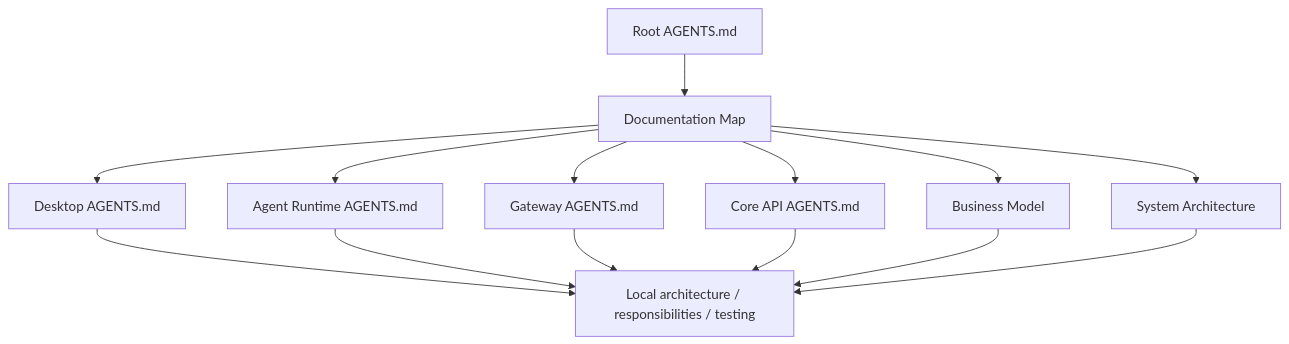
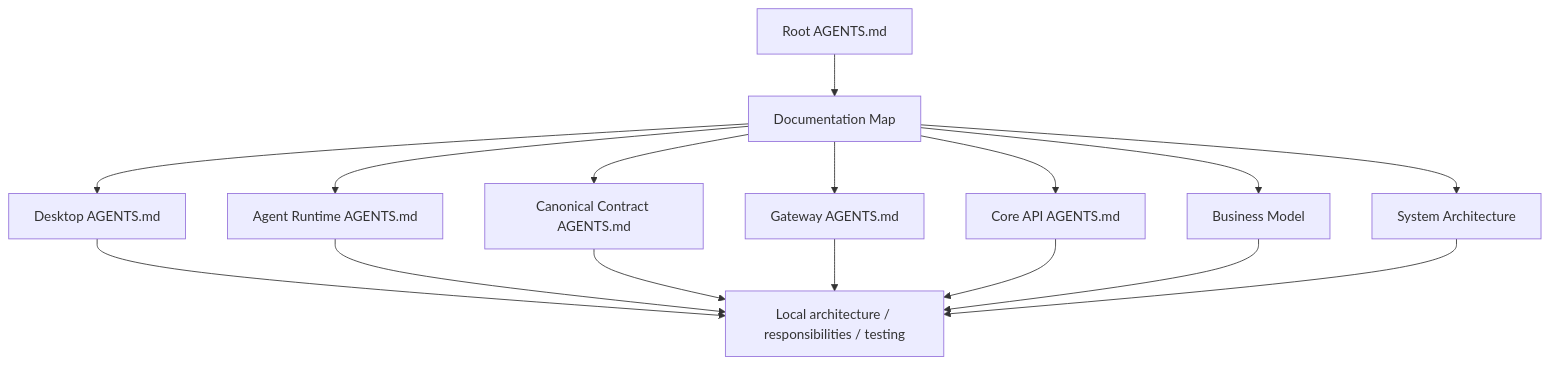
Before and after one commit to hataketed7977/taskpilot: the diagram in docs/README.md, drawn with Mermaid. The commit also changed other lines of this file and 129 other files, not shown here.

````diff
--- a/docs/README.md
+++ b/docs/README.md
@@ -15,26 +15,29 @@
 ```mermaid
 flowchart TD
     root["Root AGENTS.md"]
     map["Documentation Map"]
     business["Business Model"]
     system["System Architecture"]
     desktop["Desktop AGENTS.md"]
     runtime["Agent Runtime AGENTS.md"]
+    contract["Canonical Contract AGENTS.md"]
     gateway["Gateway AGENTS.md"]
     core["Core API AGENTS.md"]
     local["Local architecture / responsibilities / testing"]
 
     root --> map
     map --> business
     map --> system
     map --> desktop
     map --> runtime
+    map --> contract
     map --> gateway
     map --> core
     desktop --> local
     runtime --> local
+    contract --> local
     gateway --> local
     core --> local
     business --> local
     system --> local
 ```
````
